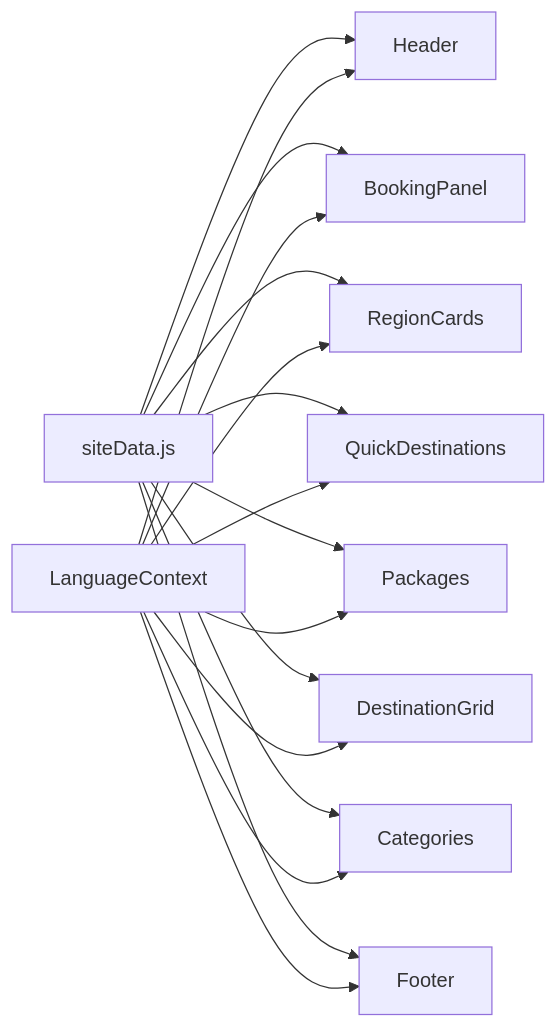
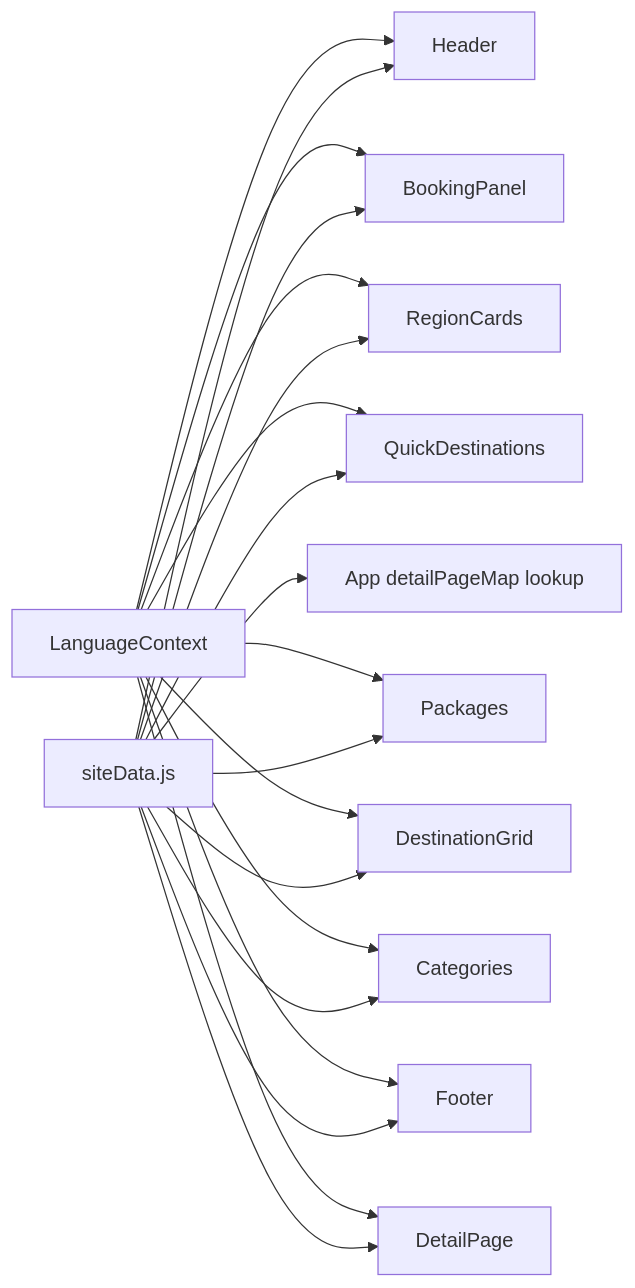
One commit to Harshitprajapati10/ttsite changed the third of 4 diagrams in COMPONENTS.md. Above: the diagram before and after it, drawn with Mermaid. The commit also changed other lines of this file and 3 other files, not shown here.

````diff
--- a/COMPONENTS.md
+++ b/COMPONENTS.md
@@ -67,19 +122,22 @@
 ```mermaid
 flowchart LR
   A[siteData.js] --> B[Header]
   A --> C[BookingPanel]
   A --> D[RegionCards]
   A --> E[QuickDestinations]
   A --> F[Packages]
   A --> G[DestinationGrid]
   A --> H[Categories]
   A --> I[Footer]
-  J[LanguageContext] --> B
-  J --> C
-  J --> D
-  J --> E
-  J --> F
-  J --> G
-  J --> H
-  J --> I
+  A --> J[App detailPageMap lookup]
+  A --> K[DetailPage]
+  L[LanguageContext] --> B
+  L --> C
+  L --> D
+  L --> E
+  L --> F
+  L --> G
+  L --> H
+  L --> I
+  L --> K
 ```
````
